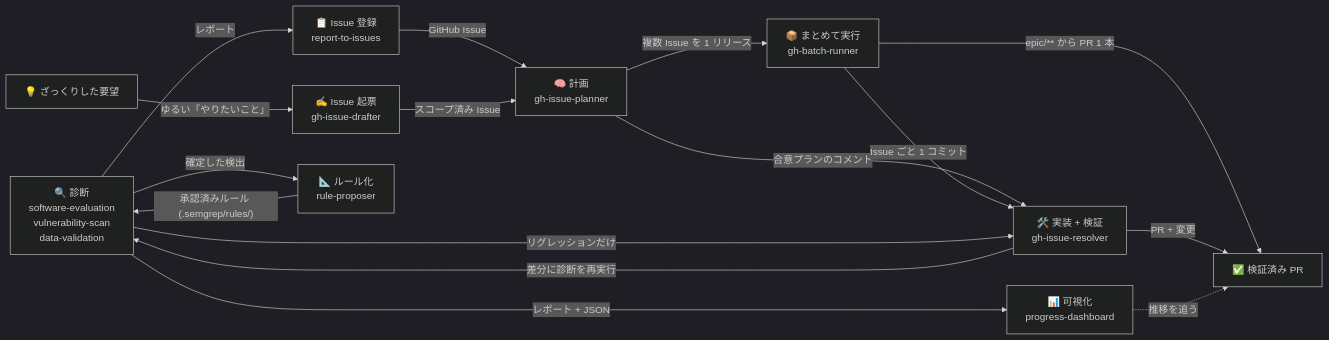
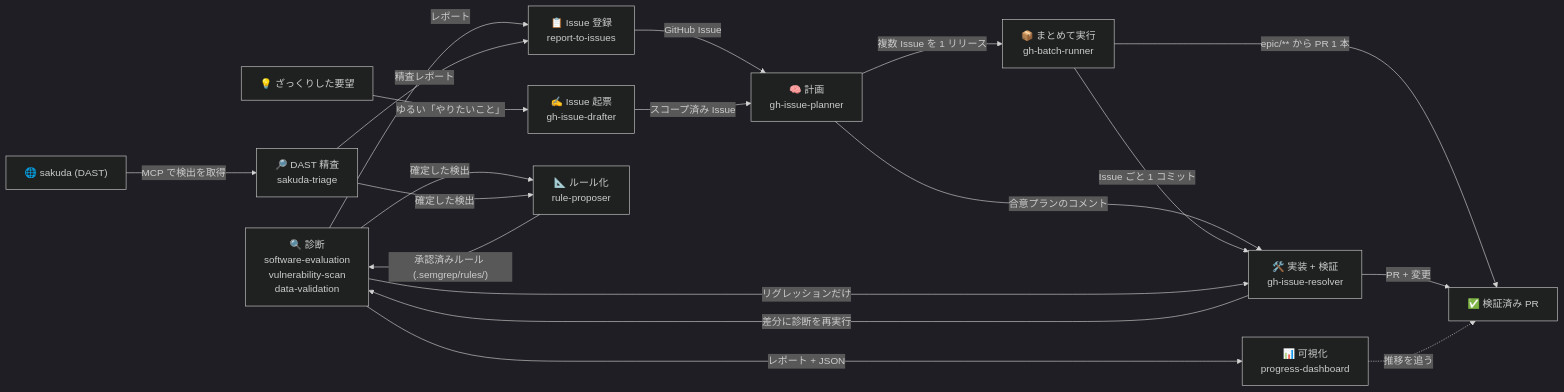
Before and after one commit to northraystudio/maruda: the diagram in README.ja.md, drawn with Mermaid (dark theme). The commit also changed other lines of this file and 6 other files, not shown here.

First line of the commit message:
feat(#29): add sakuda-triage to check DAST findings against the source

````diff
--- a/README.ja.md
+++ b/README.ja.md
@@ -92,27 +93,31 @@
 ```mermaid
 graph LR
     Diagnose["🔍 診断<br/>software-evaluation<br/>vulnerability-scan<br/>data-validation"]
     Visualize["📊 可視化<br/>progress-dashboard"]
     Register["📋 Issue 登録<br/>report-to-issues"]
     Draft["✍️ Issue 起票<br/>gh-issue-drafter"]
     Plan["🧠 計画<br/>gh-issue-planner"]
     Resolve["🛠️ 実装 + 検証<br/>gh-issue-resolver"]
     Batch["📦 まとめて実行<br/>gh-batch-runner"]
     Rules["📐 ルール化<br/>rule-proposer"]
+    Triage["🔎 DAST 精査<br/>sakuda-triage"]
 
     Idea["💡 ざっくりした要望"] -- "ゆるい「やりたいこと」" --> Draft
     Diagnose -- "レポート + JSON" --> Visualize
     Diagnose -- "レポート" --> Register
     Diagnose -- "確定した検出" --> Rules
     Rules -- "承認済みルール (.semgrep/rules/)" --> Diagnose
+    Sakuda["🌐 sakuda (DAST)"] -- "MCP で検出を取得" --> Triage
+    Triage -- "精査レポート" --> Register
+    Triage -- "確定した検出" --> Rules
     Register -- "GitHub Issue" --> Plan
     Draft -- "スコープ済み Issue" --> Plan
     Plan -- "合意プランのコメント" --> Resolve
     Plan -- "複数 Issue を 1 リリース" --> Batch
     Batch -- "Issue ごと 1 コミット" --> Resolve
     Batch -- "epic/** から PR 1 本" --> Done
     Resolve -- "差分に診断を再実行" --> Diagnose
     Diagnose -- "リグレッションだけ" --> Resolve
     Resolve -- "PR + 変更" --> Done["✅ 検証済み PR"]
     Visualize -. "推移を追う" .-> Done
 ```
````
